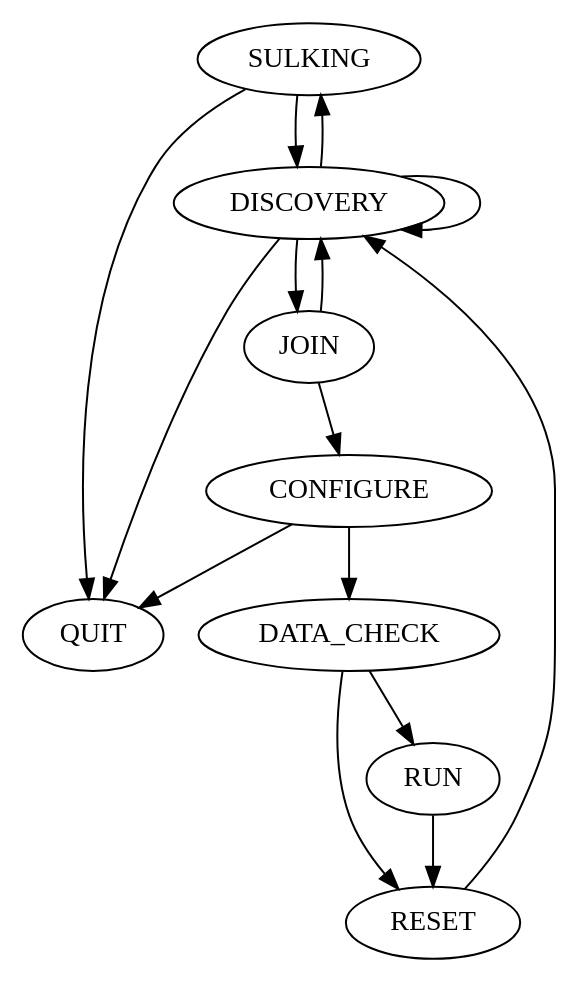
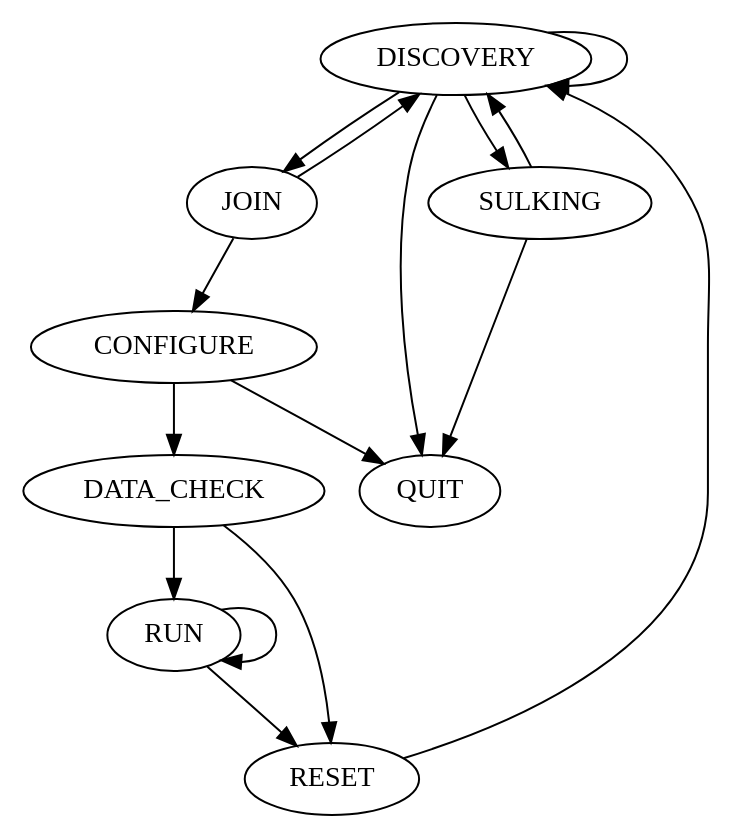
Before and after one commit to feishengfei/openCAPWAP: the diagram in sm_WTP.gv, drawn with Graphviz. The commit also changed 9 other files, not shown here.

```diff
--- a/sm_WTP.gv
+++ b/sm_WTP.gv
@@ -1,17 +1,15 @@
 digraph G {
 	size = "10, 10";
-	SULKING -> QUIT;
-	SULKING -> DISCOVERY;
+	DISCOVERY -> JOIN -> CONFIGURE -> DATA_CHECK -> RUN;
 	DISCOVERY -> QUIT;
 	DISCOVERY -> SULKING;
 	DISCOVERY -> DISCOVERY;
-	DISCOVERY -> JOIN;
+	SULKING -> DISCOVERY;
 	JOIN -> DISCOVERY;
-	JOIN -> CONFIGURE;
 	CONFIGURE -> QUIT;
-	CONFIGURE -> DATA_CHECK;
 	DATA_CHECK -> RESET;
-	DATA_CHECK -> RUN;
 	RUN -> RESET;
+	RUN -> RUN;
 	RESET -> DISCOVERY;
+	SULKING -> QUIT;
 }
```
